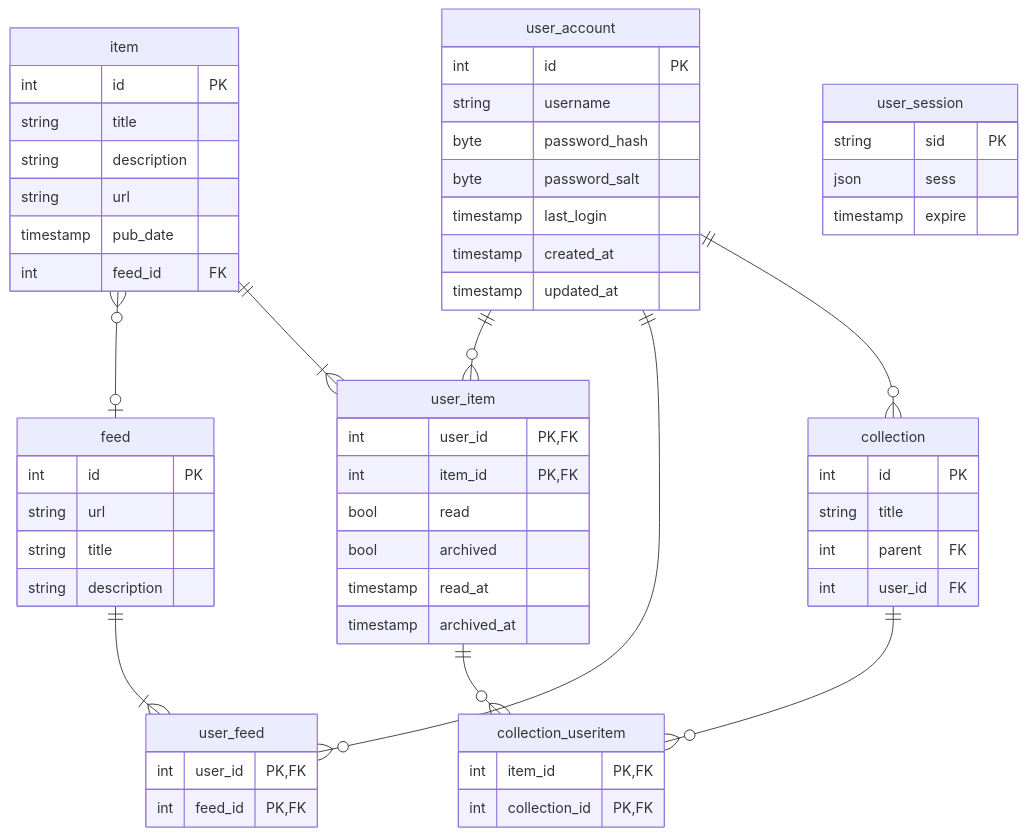
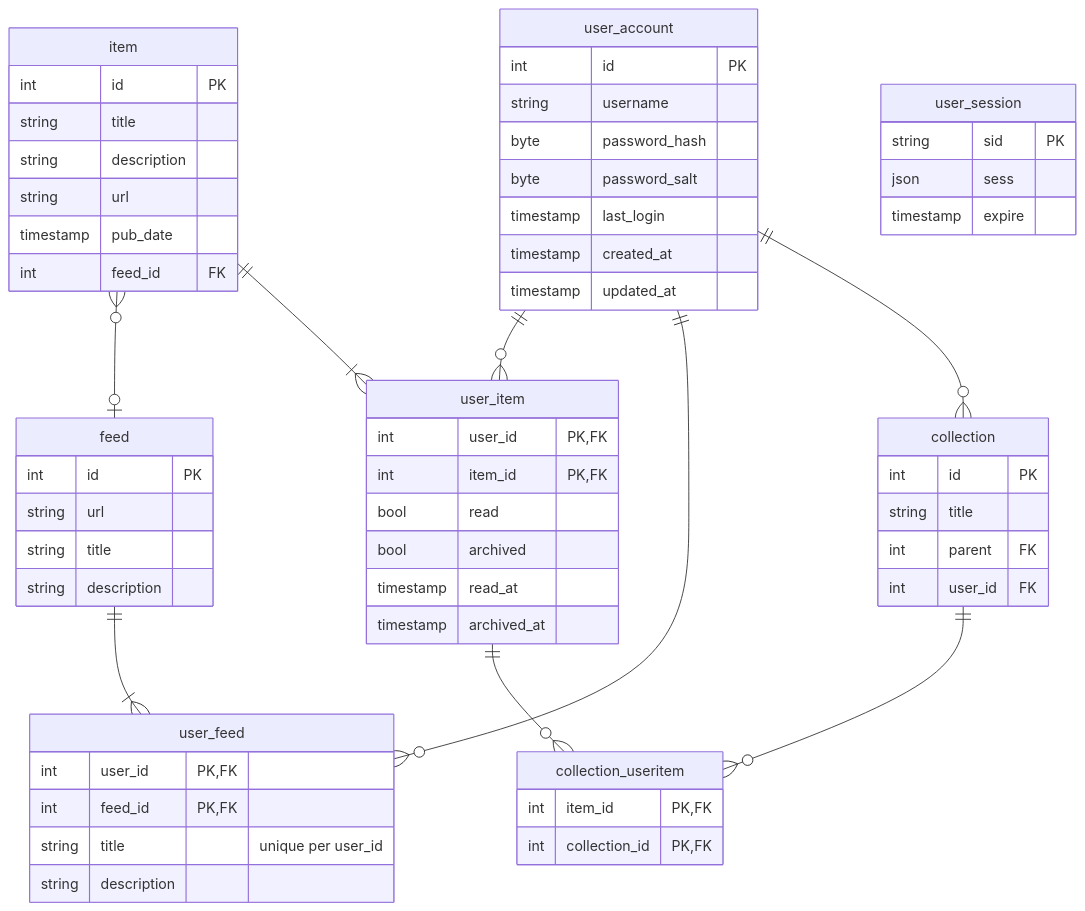
One commit to tylershelton/inflow changed the diagram in database/README.md. Above: the diagram before and after it, drawn with Mermaid.

Commit message:
Add metadata columns to user_feed

````diff
--- a/database/README.md
+++ b/database/README.md
@@ -3,65 +3,67 @@
 ```mermaid
 erDiagram
   collection {
 	  int id PK
 	  string title
 	  int parent FK
 	  int user_id FK
 	}
 	feed {
 		int id PK
 		string url
 		string title
 		string description
 	}
 	item {
 		int id PK
 		string title
 		string description
 		string url
 		timestamp pub_date
 		int feed_id FK
 	}
 	user_account {
 		int id PK
 		string username
 		byte password_hash
 		byte password_salt
 		timestamp last_login
 		timestamp created_at
 		timestamp updated_at
 	}
 	user_session {
 		string sid PK
 		json sess
 		timestamp expire
 	}
 	collection_useritem {
 		int item_id PK,FK
 		int collection_id PK,FK
 	}
 	user_feed {
 		int user_id PK,FK
 		int feed_id PK,FK
+		string title "unique per user_id"
+		string description
 	}
 	user_item {
 		int user_id PK,FK
 		int item_id PK,FK
 		bool read
 		bool archived
 		timestamp read_at
 		timestamp archived_at
 	}
 	
 	item zero or many -- zero or one feed : ""
 	user_item one -- zero or more collection_useritem : ""
 	item one -- one or more user_item : ""
 
 	user_account one -- zero or more user_item  : ""
 	user_account one -- zero or more user_feed  : ""
 	user_account one -- zero or more collection : ""
 	
 	feed one -- one or more user_feed : ""
 	
 	collection one -- zero or more collection_useritem : ""
 ```
````
